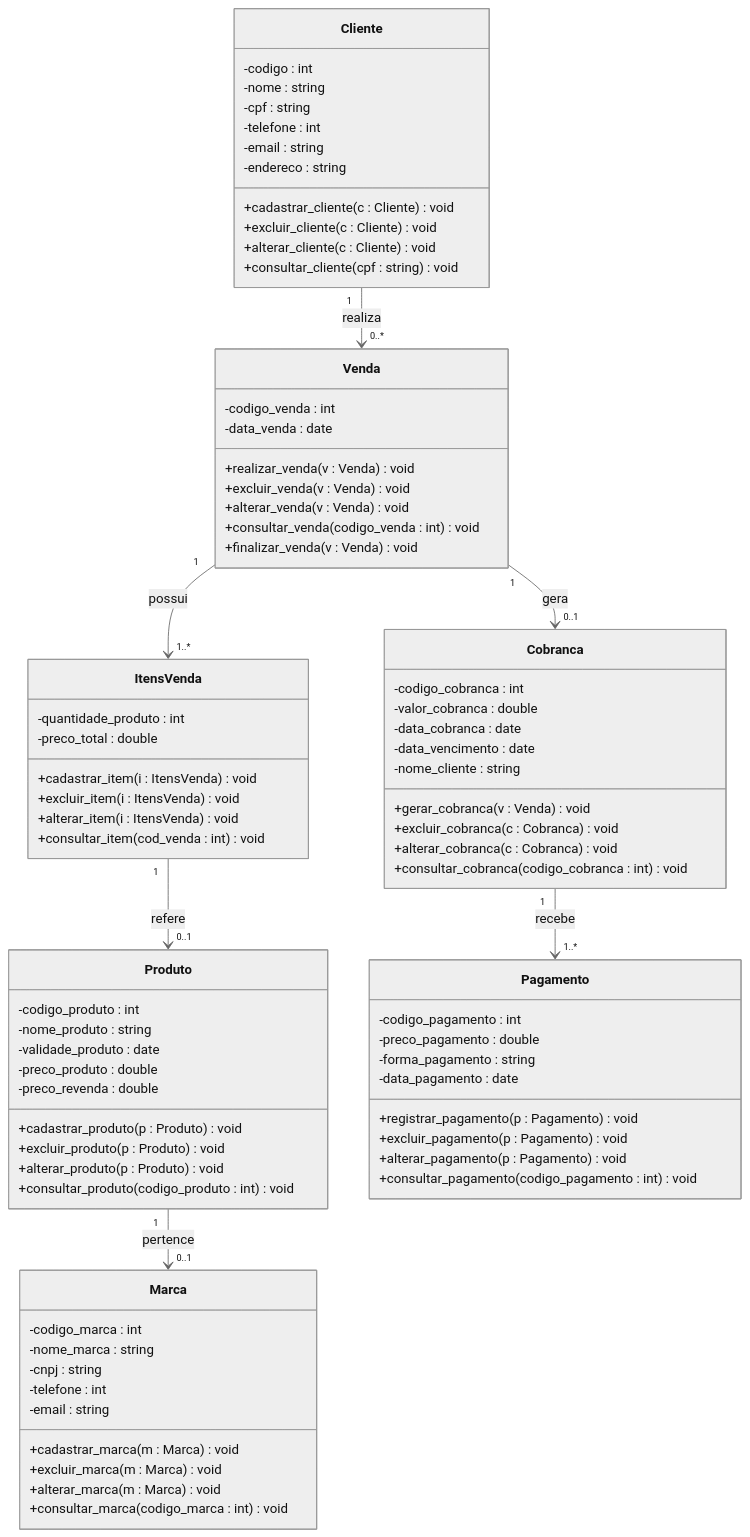
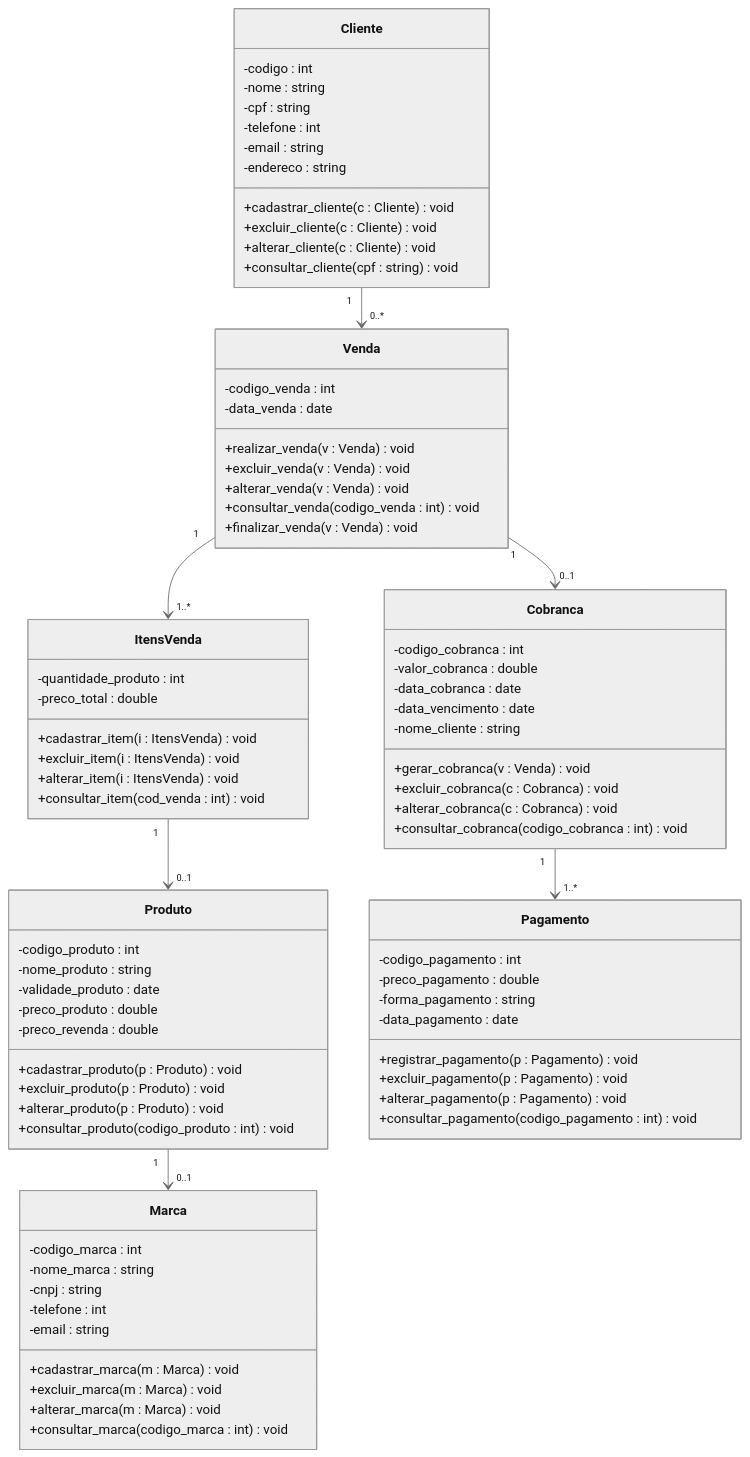
Before and after one commit to Projeito-Vendas-de-Cosmeticos/Comesticos-doc: the diagram in Documetos/Documento_Visao.md, drawn with Mermaid (neutral theme).

Commit message:
Add - Diagrama de Class

````diff
--- a/Documetos/Documento_Visao.md
+++ b/Documetos/Documento_Visao.md
@@ -89,10 +89,10 @@
         +consultar_pagamento(codigo_pagamento : int) void
     }
 
-    Cliente "1" --> "0..*" Venda : realiza
-    Venda "1" --> "1..*" ItensVenda : possui
-    ItensVenda "1" --> "0..1" Produto : refere
-    Produto "1" --> "0..1" Marca : pertence
-    Venda "1" --> "0..1" Cobranca : gera
-    Cobranca "1" --> "1..*" Pagamento : recebe
+    Cliente "1" --> "0..*" Venda 
+    Venda "1" --> "1..*" ItensVenda 
+    ItensVenda "1" --> "0..1" Produto 
+    Produto "1" --> "0..1" Marca 
+    Venda "1" --> "0..1" Cobranca 
+    Cobranca "1" --> "1..*" Pagamento 
 ```
````
